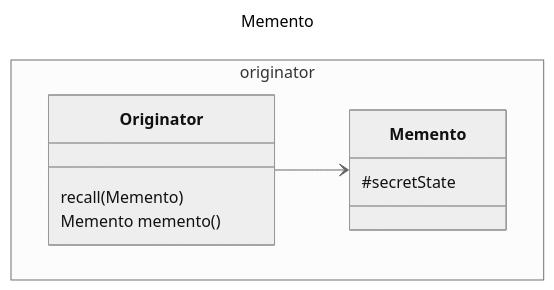
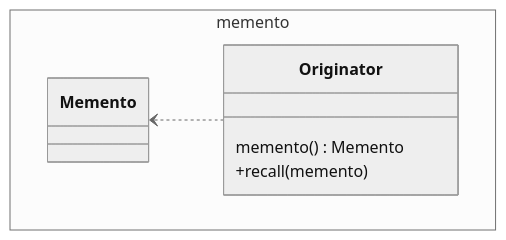
Before and after one commit to mtrigueira/JGoF: the diagram in src/main/java/org/example/gof/behaviour/memento/Memento.md, drawn with Mermaid (neutral theme). The commit also changed other lines of this file and 1 other file, not shown here.

Commit message:
Edit Memento.md add synonym and related patterns.

````diff
--- a/src/main/java/org/example/gof/behaviour/memento/Memento.md
+++ b/src/main/java/org/example/gof/behaviour/memento/Memento.md
@@ -1,17 +5,13 @@
 ```mermaid
----
-title: Memento
----
 classDiagram
-    namespace originator {
-    class Memento {  
-        #secretState
-    }
+    namespace memento {
+        class Memento {
+        }
         class Originator {
-            recall(Memento)
-            Memento<Originator> memento()
+            memento() Memento
+            +recall(memento)
         }
     }
+    Memento <.. Originator
 
-    Originator --> Memento
 ```
````
